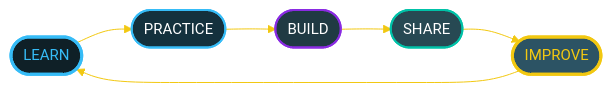
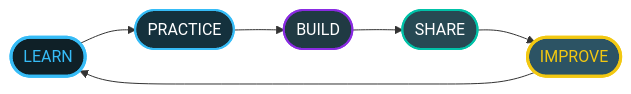
One commit to NEERAJSINGHDANU07/NEERAJSINGHDANU07 changed the fifth of 5 diagrams in README.md. Above: the diagram before and after it, drawn with Mermaid. The commit also changed other lines of this file, not shown here.

````diff
--- a/README.md
+++ b/README.md
@@ -410,10 +346,10 @@
 ```mermaid
-%%{init: {'theme':'base','themeVariables':{'fontFamily':'Fira Code, monospace','fontSize':'15px','primaryColor':'#203A43','primaryTextColor':'#FFFFFF','primaryBorderColor':'#36BCF7','lineColor':'#F2C811'}}}%%
 flowchart LR
     A([LEARN]) --> B([PRACTICE]) --> C([BUILD]) --> D([SHARE]) --> E([IMPROVE]) --> A
+    
     style A fill:#0F2027,stroke:#36BCF7,stroke-width:3px,color:#36BCF7
     style B fill:#14313D,stroke:#36BCF7,stroke-width:2px,color:#FFFFFF
     style C fill:#203A43,stroke:#8A2BE2,stroke-width:2px,color:#FFFFFF
     style D fill:#274953,stroke:#00C2A8,stroke-width:2px,color:#FFFFFF
     style E fill:#2C5364,stroke:#F2C811,stroke-width:3px,color:#F2C811
 ```
````
